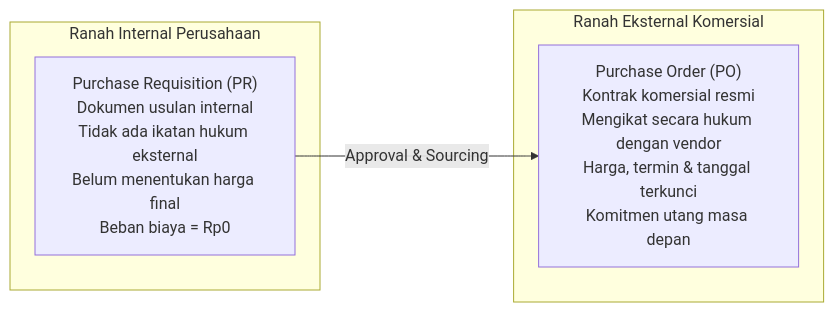
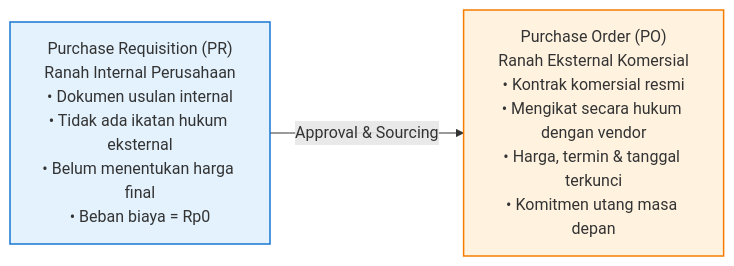
Before and after one commit to alimurrofid/erp-notes: the first of 2 diagrams in content/04-purchasing/purchase-requisition.md, drawn with Mermaid. The commit also changed 58 other files, not shown here.

Commit message:
fix(content):Mermaid Subgraph

````diff
--- a/content/04-purchasing/purchase-requisition.md
+++ b/content/04-purchasing/purchase-requisition.md
@@ -29,12 +29,10 @@
 ```mermaid
 flowchart LR
-    subgraph InternalEntity["Ranah Internal Perusahaan"]
-        PR["Purchase Requisition (PR)<br/>Dokumen usulan internal<br/>Tidak ada ikatan hukum eksternal<br/>Belum menentukan harga final<br/>Beban biaya = Rp0"]
-    end
+    PR["Purchase Requisition (PR)<br/>Ranah Internal Perusahaan<br/>• Dokumen usulan internal<br/>• Tidak ada ikatan hukum eksternal<br/>• Belum menentukan harga final<br/>• Beban biaya = Rp0"]
+    -->|Approval & Sourcing| PO["Purchase Order (PO)<br/>Ranah Eksternal Komersial<br/>• Kontrak komersial resmi<br/>• Mengikat secara hukum dengan vendor<br/>• Harga, termin & tanggal terkunci<br/>• Komitmen utang masa depan"]
 
-    subgraph ExternalEntity["Ranah Eksternal Komersial"]
-        PO["Purchase Order (PO)<br/>Kontrak komersial resmi<br/>Mengikat secara hukum dengan vendor<br/>Harga, termin & tanggal terkunci<br/>Komitmen utang masa depan"]
-    end
-
-    PR -->|Approval & Sourcing| PO
+    classDef internal fill:#e3f2fd,stroke:#1976d2,stroke-width:1.5px;
+    classDef external fill:#fff3e0,stroke:#f57c00,stroke-width:1.5px;
+    class PR internal;
+    class PO external;
 ```
````
